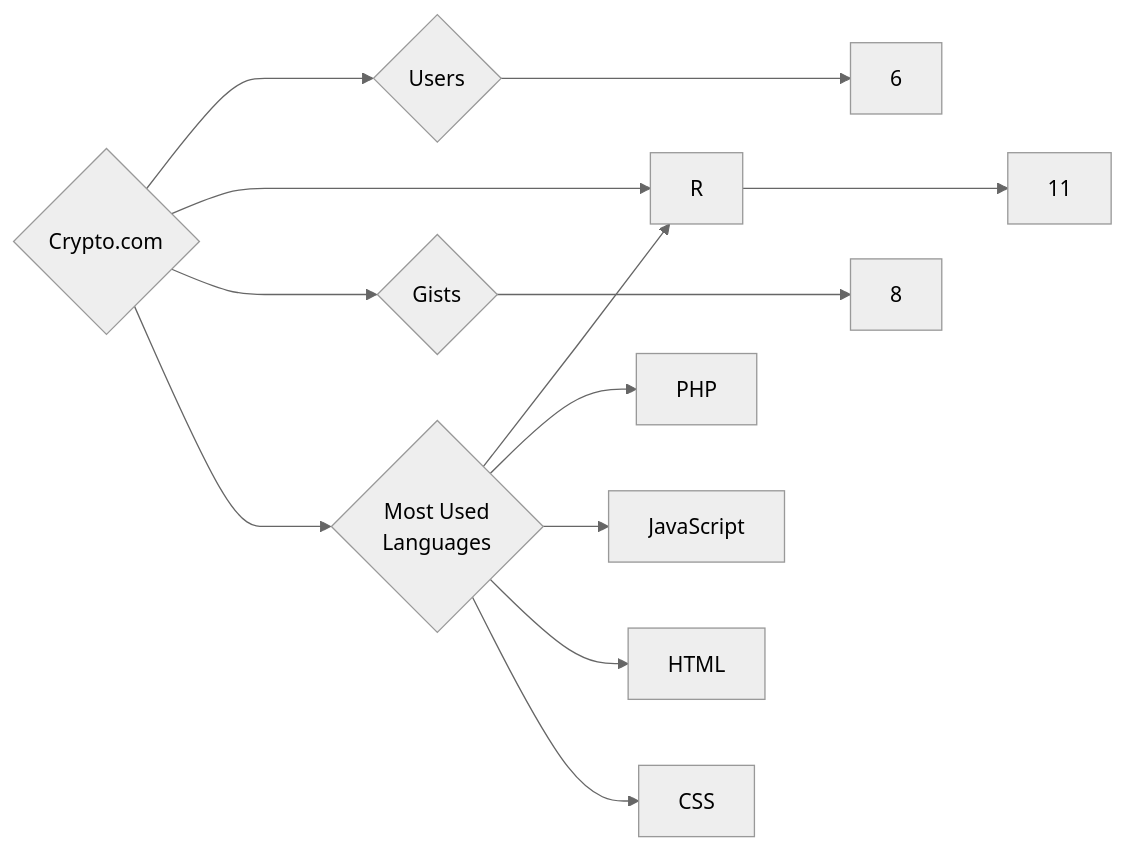
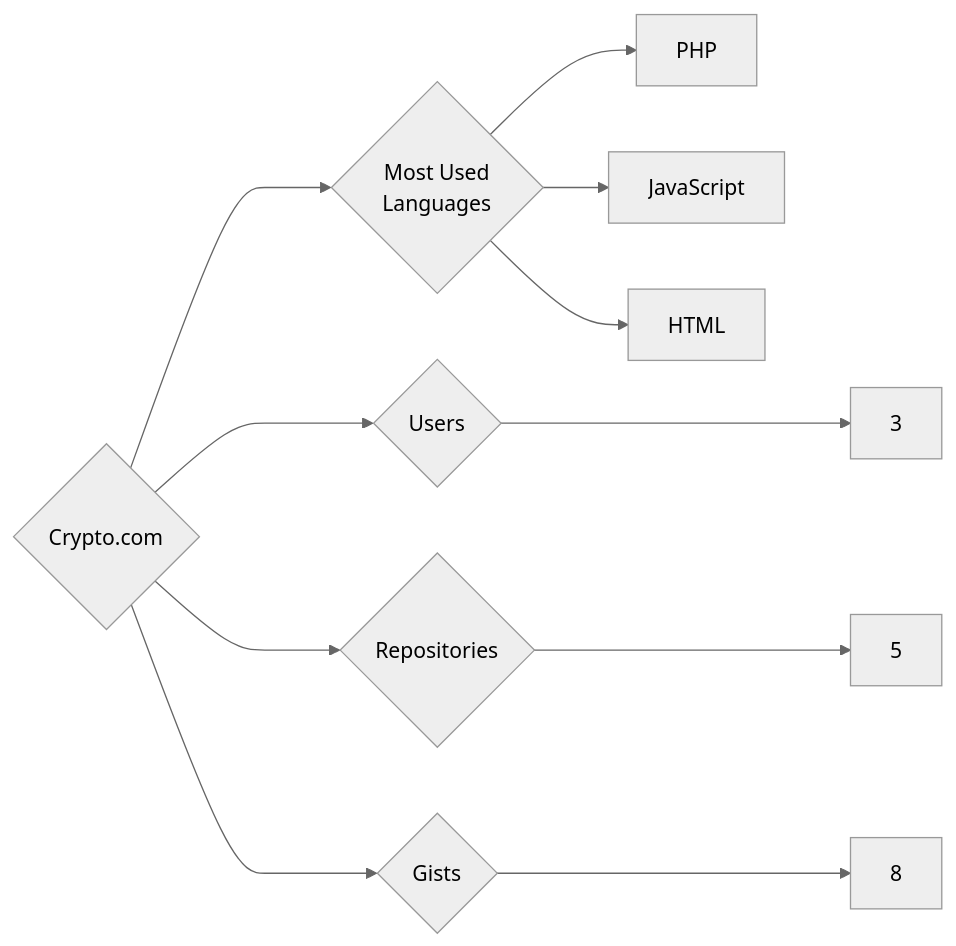
Before and after one commit to trickest/insiders: the diagram in targets/Crypto.com/README.md, drawn with Mermaid (neutral theme). The commit also changed 1089 other files, not shown here.

````diff
--- a/targets/Crypto.com/README.md
+++ b/targets/Crypto.com/README.md
@@ -3,13 +3,11 @@
 ```mermaid
 graph LR
 COMPANY_NAME{Crypto.com}
-COMPANY_NAME ---> U{Users} ---> UN[6]
-COMPANY_NAME ---> R{Repositories} ---> RN[11]
+COMPANY_NAME ---> U{Users} ---> UN[3]
+COMPANY_NAME ---> R{Repositories} ---> RN[5]
 COMPANY_NAME ---> G{Gists} ---> GN[8]
 COMPANY_NAME ---> ML{Most Used<br>Languages}
-ML --> R[R]
 ML --> PHP[PHP]
 ML --> JavaScript[JavaScript]
 ML --> HTML[HTML]
-ML --> CSS[CSS]
 ```
````
